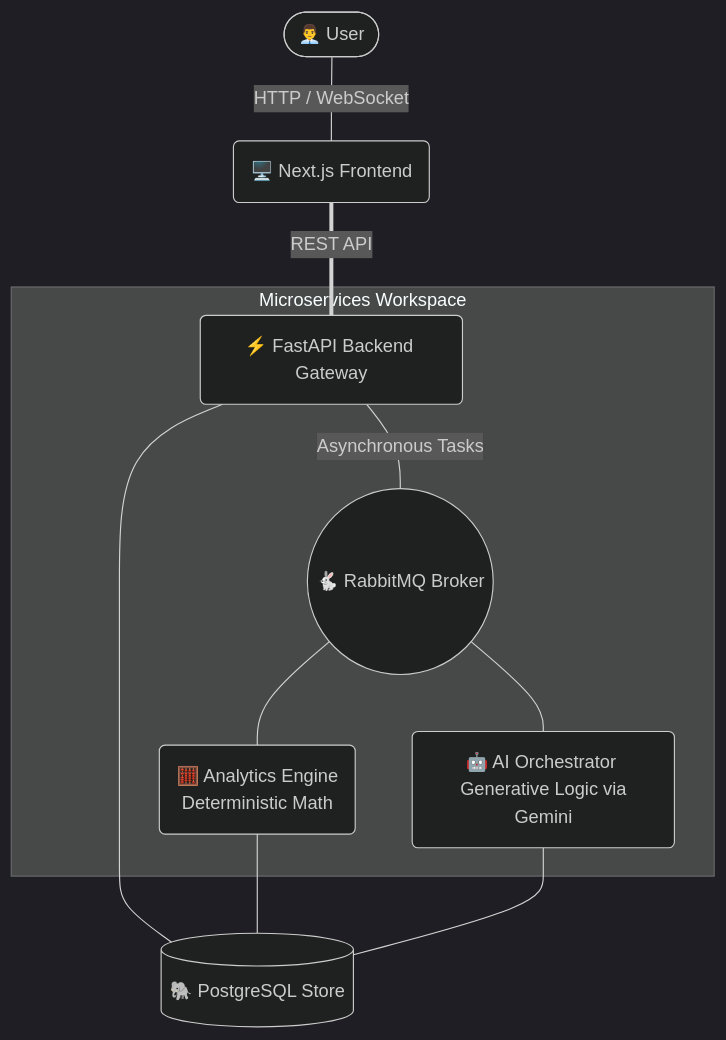
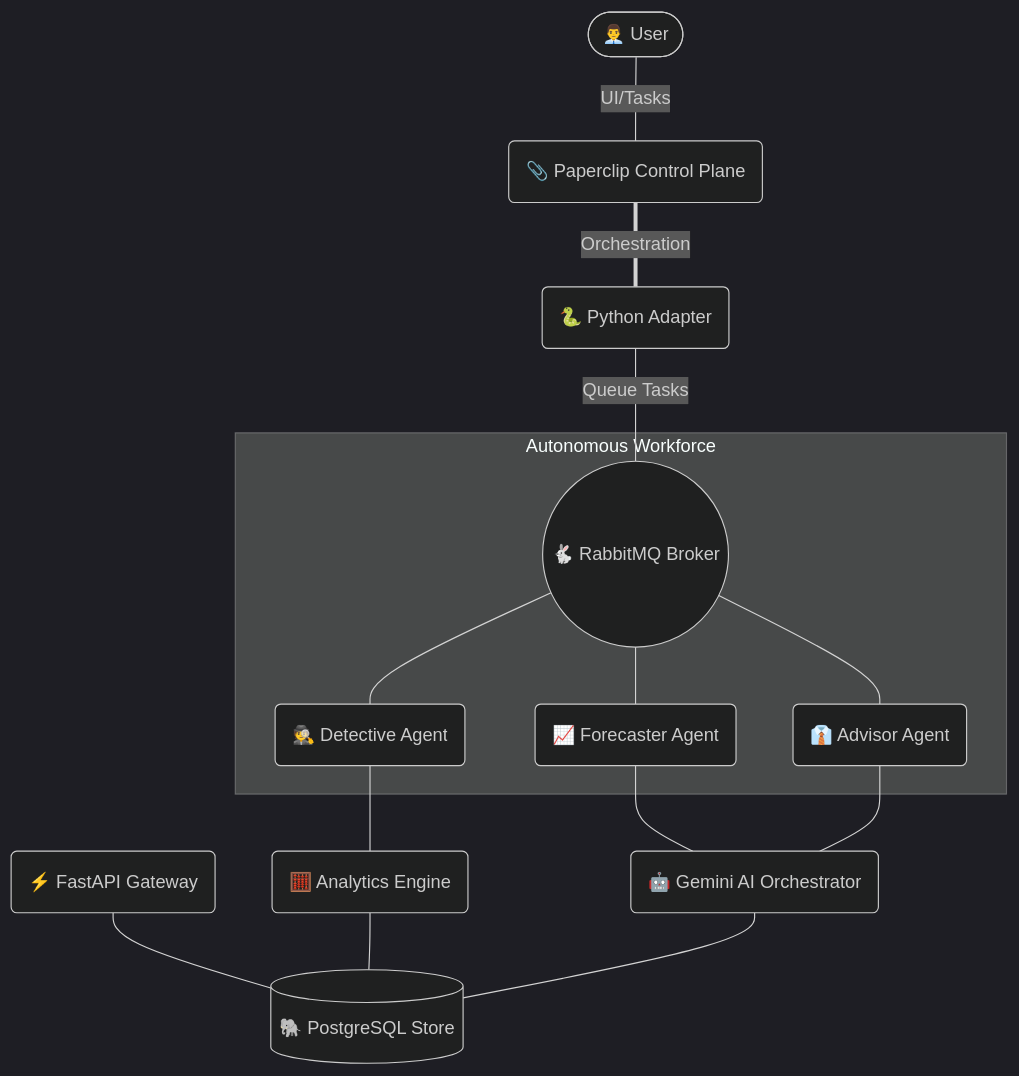
Before and after one commit to saurabhmj11/cfo-dashboard: the diagram in README.md, drawn with Mermaid (dark theme). The commit also changed other lines of this file and 36 other files, not shown here.

Commit message:
feat: The Monolith Revolution - Consolidated microservices into a unified FastAPI backend, removed RabbitMQ, and integrated Paperclip v0.3.1 background worker

````diff
--- a/README.md
+++ b/README.md
@@ -26,16 +26,20 @@
 ```mermaid
 graph TD
-    User([👨‍💼 User]) ---|HTTP / WebSocket| Gateway(🖥️ Next.js Frontend)
+    User([👨‍💼 User]) ---|UI/Tasks| PC(📎 Paperclip Control Plane)
+    PC ===|Orchestration| Adapter(🐍 Python Adapter)
+    Adapter ---|Queue Tasks| Broker((🐇 RabbitMQ Broker))
     
-    Gateway ===|REST API| API_Gateway(⚡ FastAPI Backend Gateway)
-    
-    subgraph Microservices Workspace
-        API_Gateway ---|Asynchronous Tasks| Broker((🐇 RabbitMQ Broker))
-        Broker --- Analytics(🧮 Analytics Engine \n Deterministic Math)
-        Broker --- AI(🤖 AI Orchestrator \n Generative Logic via Gemini)
+    subgraph Autonomous Workforce
+        Broker --- Detective(🕵️ Detective Agent)
+        Broker --- Forecaster(📈 Forecaster Agent)
+        Broker --- Advisor(👔 Advisor Agent)
     end
     
-    API_Gateway --- DB[(🐘 PostgreSQL Store)]
+    Detective --- Analytics(🧮 Analytics Engine)
+    Forecaster --- AI(🤖 Gemini AI Orchestrator)
+    Advisor --- AI
+    
+    API_Gateway(⚡ FastAPI Gateway) --- DB[(🐘 PostgreSQL Store)]
     Analytics --- DB
     AI --- DB
 ```
````
